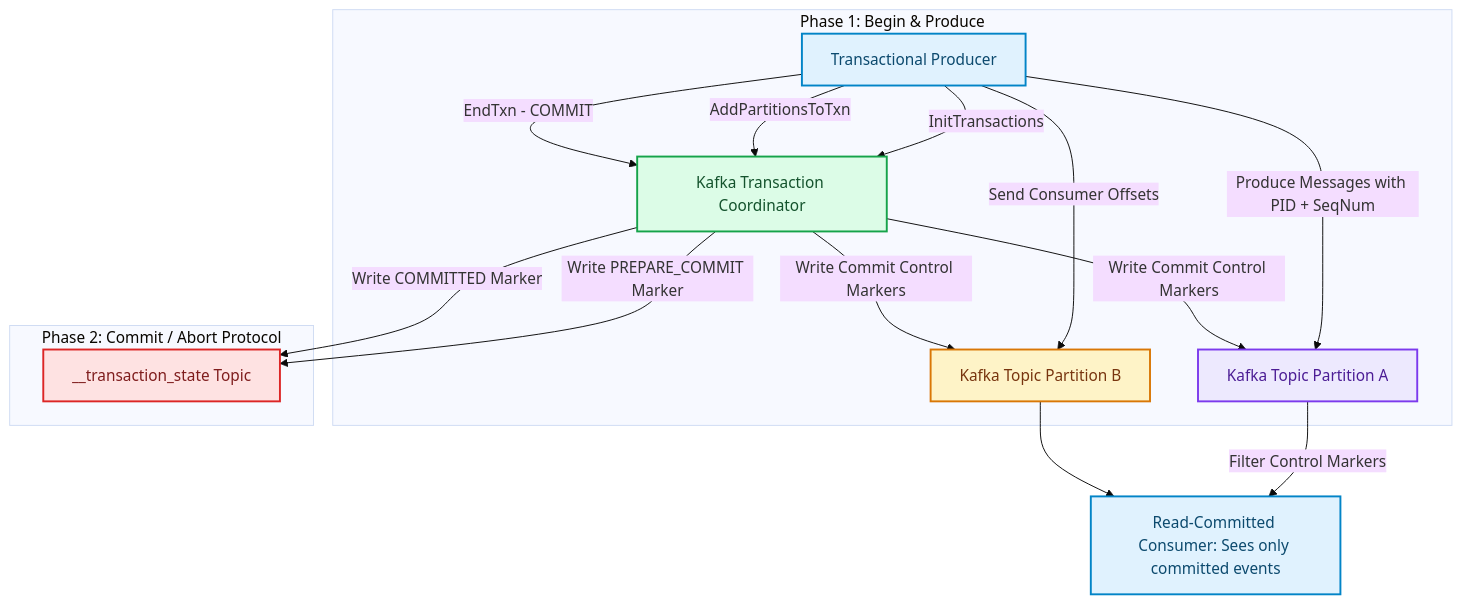
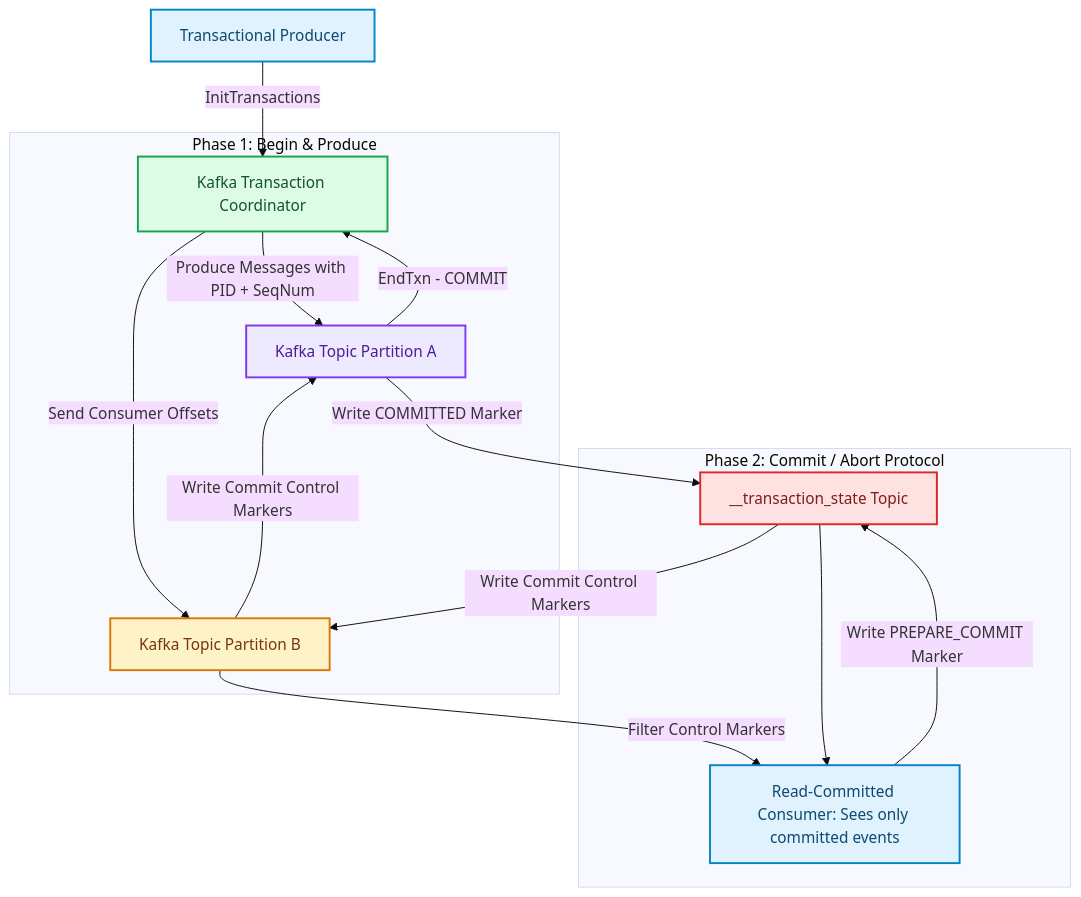
Before and after one commit to akmalkhaniub/akmalkhaniub.github.io: the diagram in blog/posts/achieving-exactly-once-semantics-distributed-event-streams.md, drawn with Mermaid (base theme). The commit also changed other lines of this file and 894 other files, not shown here.

Commit message:
feat(blog): upgrade all 444 posts with unique staggered dates, 2-col Mermaid spines, benchmark tables, code blocks, and trade-offs

````diff
--- a/blog/posts/achieving-exactly-once-semantics-distributed-event-streams.md
+++ b/blog/posts/achieving-exactly-once-semantics-distributed-event-streams.md
@@ -17,32 +17,31 @@
 ```mermaid
 flowchart TD
   A["Transactional Producer"] -->|InitTransactions| B["Kafka Transaction Coordinator"]
   
   subgraph SG1_Phase1Begin ["Phase 1: Begin & Produce"]
-    A -->|AddPartitionsToTxn| B
-    A -->|Produce Messages with PID + SeqNum| C["Kafka Topic Partition A"]
-    A -->|Send Consumer Offsets| D["Kafka Topic Partition B"]
+    B --> |Produce Messages with PID + SeqNum| C["Kafka Topic Partition A"]
+    B --> |Send Consumer Offsets| D["Kafka Topic Partition B"]
   end
   
   subgraph SG2_Phase2Commit ["Phase 2: Commit / Abort Protocol"]
-    A -->|EndTxn - COMMIT| B
-    B -->|Write PREPARE_COMMIT Marker| E["__transaction_state Topic"]
-    B -->|Write Commit Control Markers| C
-    B -->|Write Commit Control Markers| D
-    B -->|Write COMMITTED Marker| E
+    C --> |EndTxn - COMMIT| B
+    F --> |Write PREPARE_COMMIT Marker| E["__transaction_state Topic"]
+    D --> |Write Commit Control Markers| C
+    E --> |Write Commit Control Markers| D
+    C --> |Write COMMITTED Marker| E
   end
   
-  C -->|Filter Control Markers| F["Read-Committed Consumer: Sees only committed events"]
-  D --> F
+  D --> |Filter Control Markers| F["Read-Committed Consumer: Sees only committed events"]
+  E --> F
 
 classDef green fill:#dcfce7,stroke:#16a34a,stroke-width:2px,color:#14532d;
 classDef red fill:#fee2e2,stroke:#dc2626,stroke-width:2px,color:#7f1d1d;
 classDef blue fill:#e0f2fe,stroke:#0284c7,stroke-width:2px,color:#0c4a6e;
 classDef yellow fill:#fef3c7,stroke:#d97706,stroke-width:2px,color:#78350f;
 classDef purple fill:#ede9fe,stroke:#7c3aed,stroke-width:2px,color:#4c1d95;
 class A,F blue
 class B green
 class C purple
 class D yellow
 class E red
 ```
````
